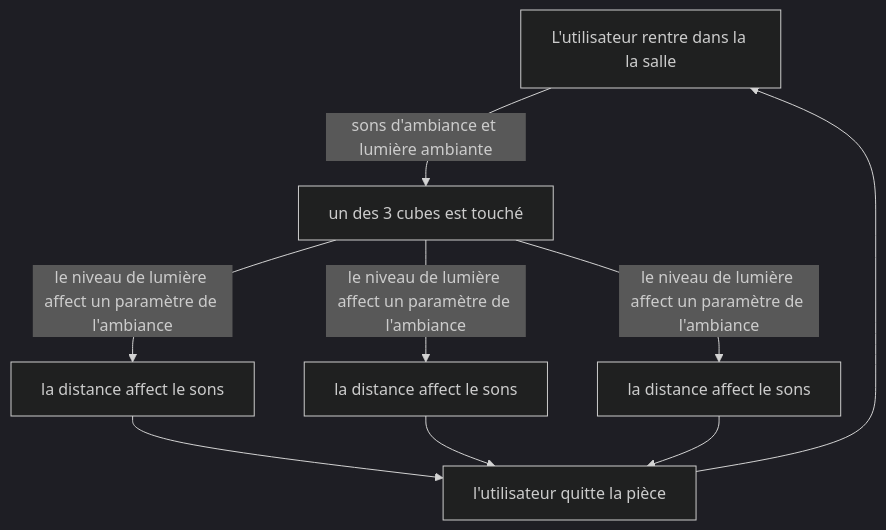
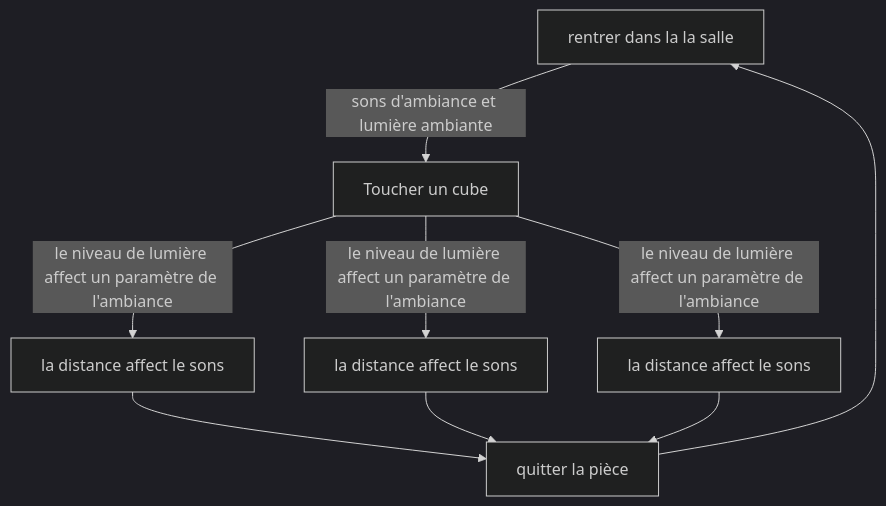
Before and after one commit to Ethereal-Creators/Etheria: the diagram in 20_intention/30_scenario/README.md, drawn with Mermaid (dark theme). The commit also changed other lines of this file, not shown here.

Commit message:
verbe dans le scénario

````diff
--- a/20_intention/30_scenario/README.md
+++ b/20_intention/30_scenario/README.md
@@ -13,11 +13,11 @@
 ```mermaid
 graph TD
-    A[L'utilisateur rentre dans la la salle] --sons d'ambiance et lumière ambiante--> B[la distance affect le sons]
-    B[un des 3 cubes est touché] -- le niveau de lumière affect un paramètre de l'ambiance --> C[la distance affect le sons]
+    A[rentrer dans la la salle] --sons d'ambiance et lumière ambiante--> B[la distance affect le sons]
+    B[Toucher un cube] -- le niveau de lumière affect un paramètre de l'ambiance --> C[la distance affect le sons]
     B --le niveau de lumière affect un paramètre de l'ambiance --> D[la distance affect le sons]
     B --le niveau de lumière affect un paramètre de l'ambiance --> E[la distance affect le sons]
-    C --> F[l'utilisateur quitte la pièce]
-    D --> F[l'utilisateur quitte la pièce]
-    E --> F[l'utilisateur quitte la pièce]
+    C --> F[quitter la pièce]
+    D --> F[quitter la pièce]
+    E --> F[quitter la pièce]
     F --> A
 ```
````
